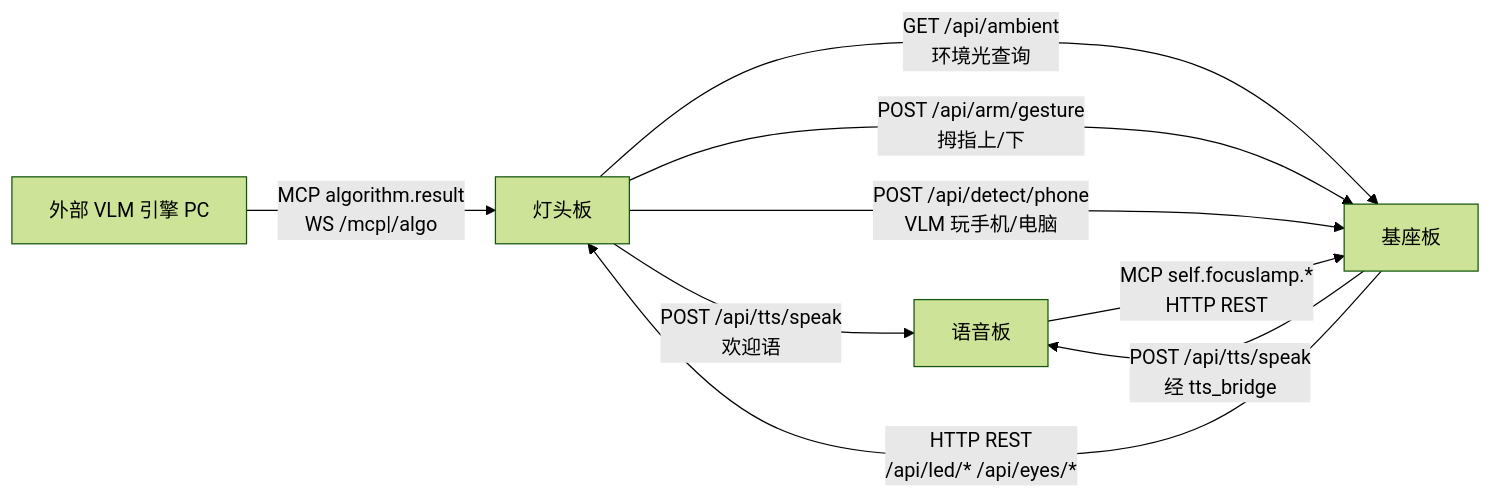
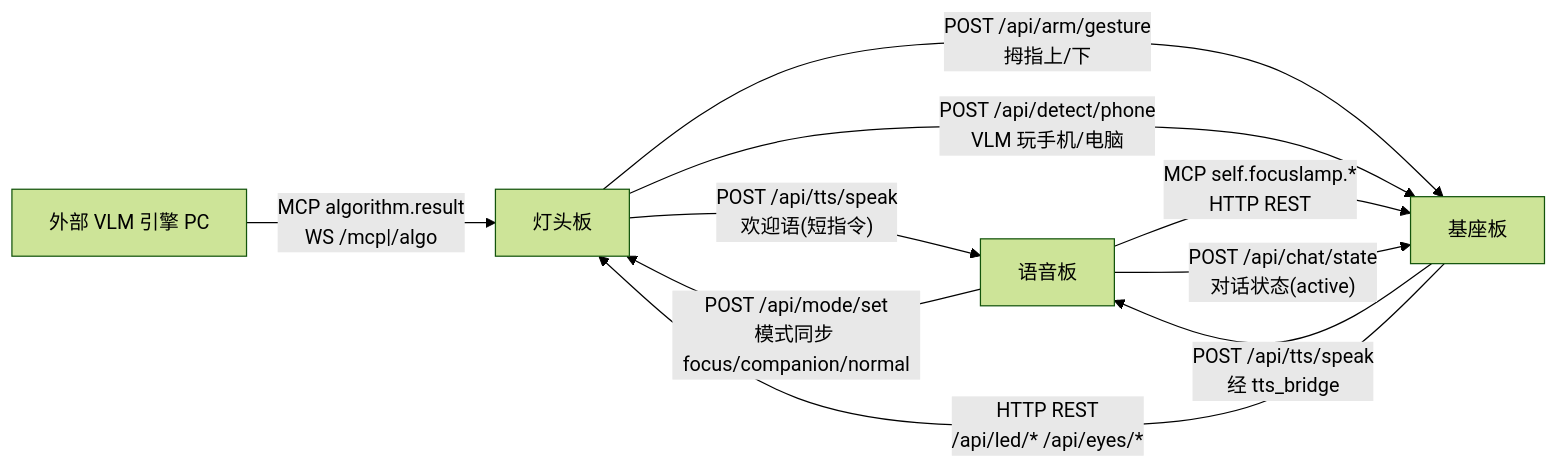
Before and after one commit to FocusGroup8/FocusLamp_DEMO2: the first of 6 diagrams in plan/09-三板联动Demo接口契约.md, drawn with Mermaid (forest theme). The commit also changed other lines of this file and 9 other files, not shown here.

````diff
--- a/plan/09-三板联动Demo接口契约.md
+++ b/plan/09-三板联动Demo接口契约.md
@@ -26,11 +26,12 @@
 ```mermaid
 flowchart LR
     VLM[外部 VLM 引擎 PC] -- MCP algorithm.result<br/>WS /mcp|/algo --> HEAD[灯头板]
-    HEAD -- POST /api/tts/speak<br/>欢迎语 --> TTS[语音板]
-    HEAD -- GET /api/ambient<br/>环境光查询 --> BASE[基座板]
-    HEAD -- POST /api/arm/gesture<br/>拇指上/下 --> BASE
+    HEAD -- POST /api/tts/speak<br/>欢迎语(短指令) --> TTS[语音板]
+    HEAD -- POST /api/arm/gesture<br/>拇指上/下 --> BASE[基座板]
     HEAD -- POST /api/detect/phone<br/>VLM 玩手机/电脑 --> BASE
     TTS -- MCP self.focuslamp.*<br/>HTTP REST --> BASE
+    TTS -- POST /api/mode/set<br/>模式同步 focus/companion/normal --> HEAD
+    TTS -- POST /api/chat/state<br/>对话状态(active) --> BASE
     BASE -- POST /api/tts/speak<br/>经 tts_bridge --> TTS
     BASE -- HTTP REST<br/>/api/led/* /api/eyes/* --> HEAD
 ```
````
